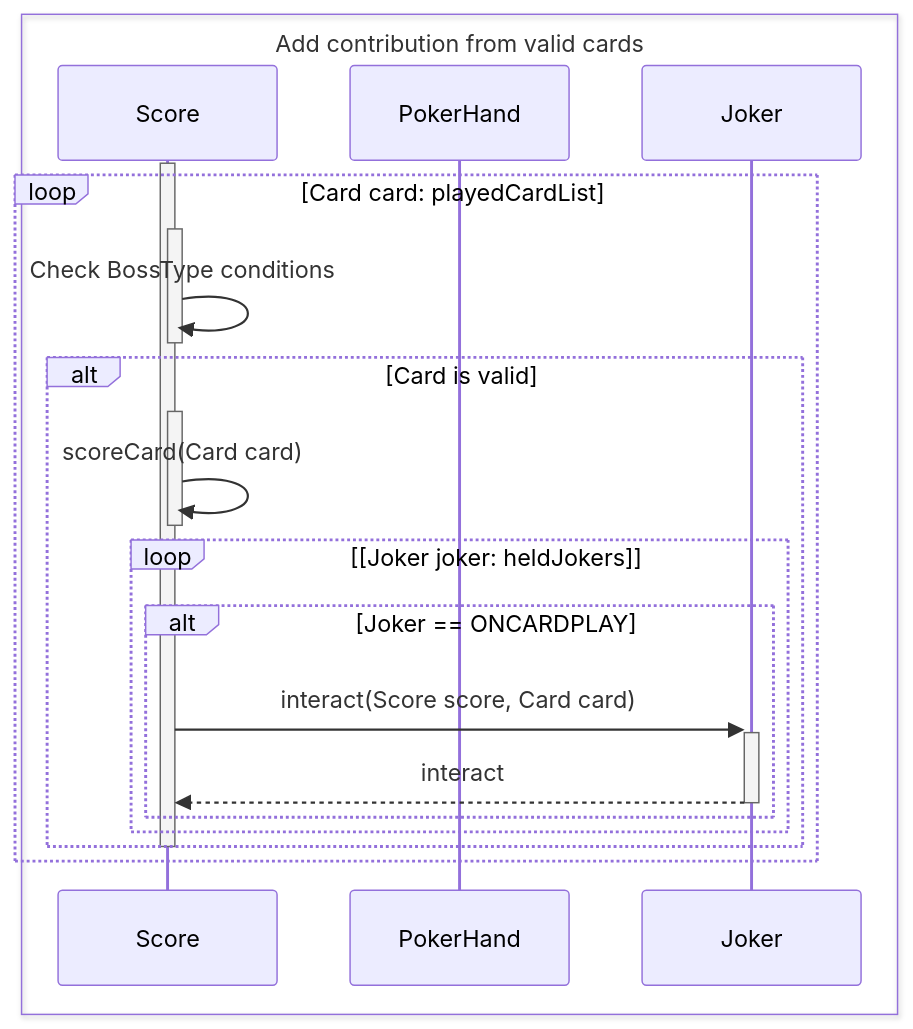
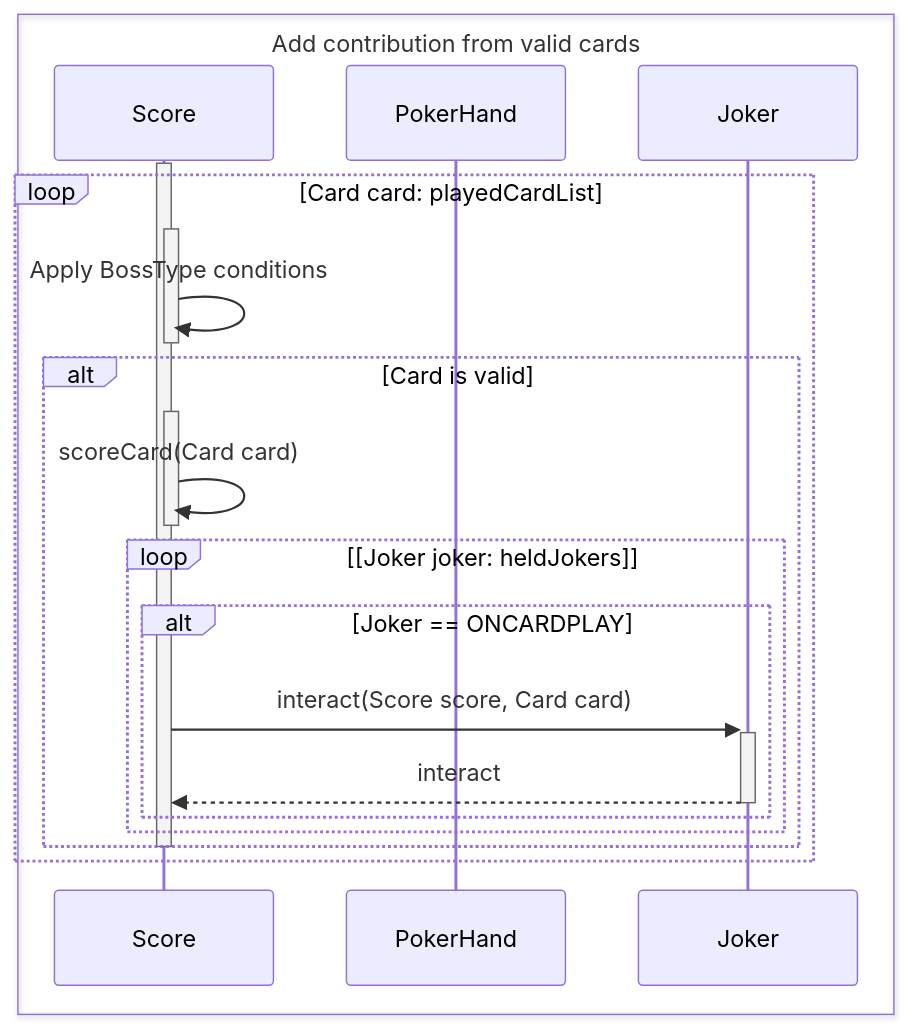
Before and after one commit to jwyk/tp: diagram 13 of 16 in docs/DeveloperGuide.md, drawn with Mermaid. The commit also changed other lines of this file, not shown here.

````diff
--- a/docs/DeveloperGuide.md
+++ b/docs/DeveloperGuide.md
@@ -611,26 +613,26 @@
 ```mermaid
 sequenceDiagram
     box Add contribution from valid cards  
         participant Score
         participant PokerHand
         participant Joker
     end
     activate Score
     loop Card card: playedCardList
         activate Score
-        Score->>Score: Check BossType conditions
+        Score->>Score: Apply BossType conditions
         deactivate Score
         alt Card is valid
             activate Score
             Score->>Score: scoreCard(Card card)
             deactivate Score
             loop [Joker joker: heldJokers]
                 alt Joker == ONCARDPLAY
                     Score->>+Joker: interact(Score score, Card card)
                     Joker-->>-Score: interact
                 end
             end
         end
         deactivate Score
     end
 ```
````
